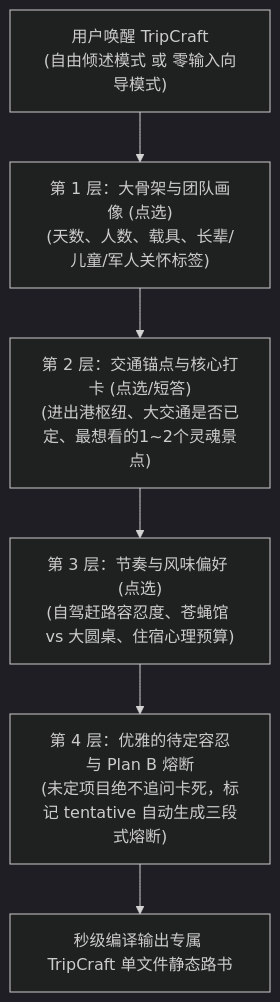
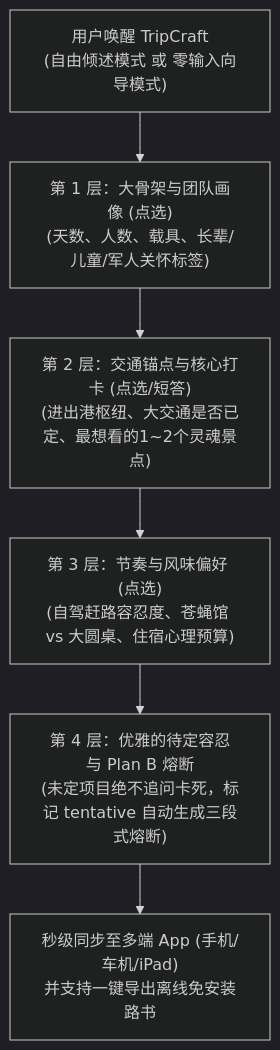
The diagram in README.md (JohnMaxwell0123/TripCraft), drawn with Mermaid (dark theme) before and after one commit. The commit also changed other lines of this file and 4 other files, not shown here.

````diff
--- a/README.md
+++ b/README.md
@@ -333,8 +339,8 @@
 ```mermaid
 flowchart TD
     Start["用户唤醒 TripCraft<br/>(自由倾述模式 或 零输入向导模式)"] --> Layer1["第 1 层：大骨架与团队画像 (点选)<br/>(天数、人数、载具、长辈/儿童/军人关怀标签)"]
     Layer1 --> Layer2["第 2 层：交通锚点与核心打卡 (点选/短答)<br/>(进出港枢纽、大交通是否已定、最想看的1~2个灵魂景点)"]
     Layer2 --> Layer3["第 3 层：节奏与风味偏好 (点选)<br/>(自驾赶路容忍度、苍蝇馆 vs 大圆桌、住宿心理预算)"]
     Layer3 --> Layer4["第 4 层：优雅的待定容忍与 Plan B 熔断<br/>(未定项目绝不追问卡死，标记 tentative 自动生成三段式熔断)"]
-    Layer4 --> Output["秒级编译输出专属 TripCraft 单文件静态路书"]
+    Layer4 --> Output["秒级同步至多端 App (手机/车机/iPad)<br/>并支持一键导出离线免安装路书"]
 ```
````
